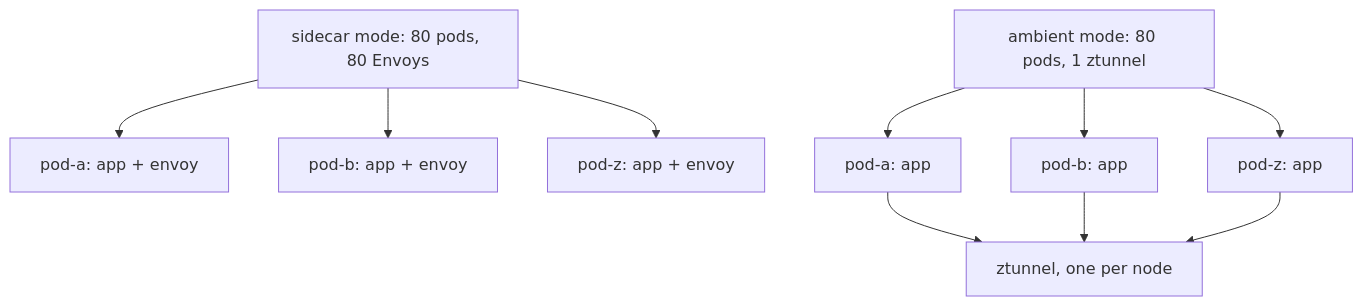
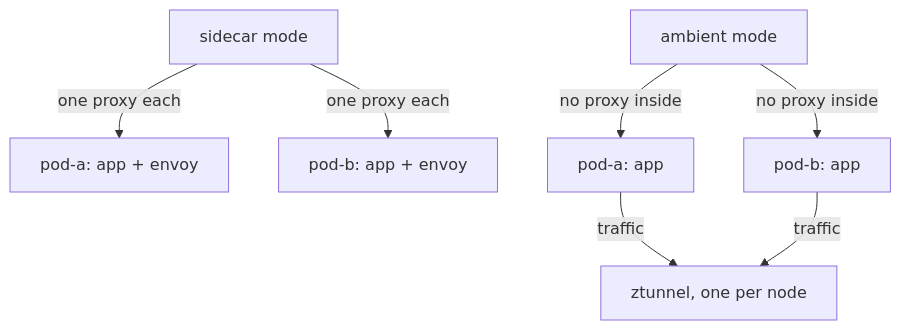
One commit to astrona-io/ATS013 changed the first of 2 diagrams in sections/section-040/module-01/course-01-the-ambient-data-plane.md. Above: the diagram before and after it, drawn with Mermaid. The commit also changed other lines of this file and 22 other files, not shown here.

````diff
--- a/sections/section-040/module-01/course-01-the-ambient-data-plane.md
+++ b/sections/section-040/module-01/course-01-the-ambient-data-plane.md
@@ -21,12 +27,9 @@
 ```mermaid
-flowchart TD
-    S0["sidecar mode: 80 pods, 80 Envoys"] --> SA["pod-a: app + envoy"]
-    S0 --> SB["pod-b: app + envoy"]
-    S0 --> SZ["pod-z: app + envoy"]
-    A0["ambient mode: 80 pods, 1 ztunnel"] --> AA["pod-a: app"]
-    A0 --> AB["pod-b: app"]
-    A0 --> AZ["pod-z: app"]
-    AA --> ZT["ztunnel, one per node"]
-    AB --> ZT
-    AZ --> ZT
+flowchart TB
+    S0["sidecar mode"] -->|"one proxy each"| SA["pod-a: app + envoy"]
+    S0 -->|"one proxy each"| SB["pod-b: app + envoy"]
+    A0["ambient mode"] -->|"no proxy inside"| AA["pod-a: app"]
+    A0 -->|"no proxy inside"| AB["pod-b: app"]
+    AA -->|"traffic"| ZT["ztunnel, one per node"]
+    AB -->|"traffic"| ZT
 ```
````
